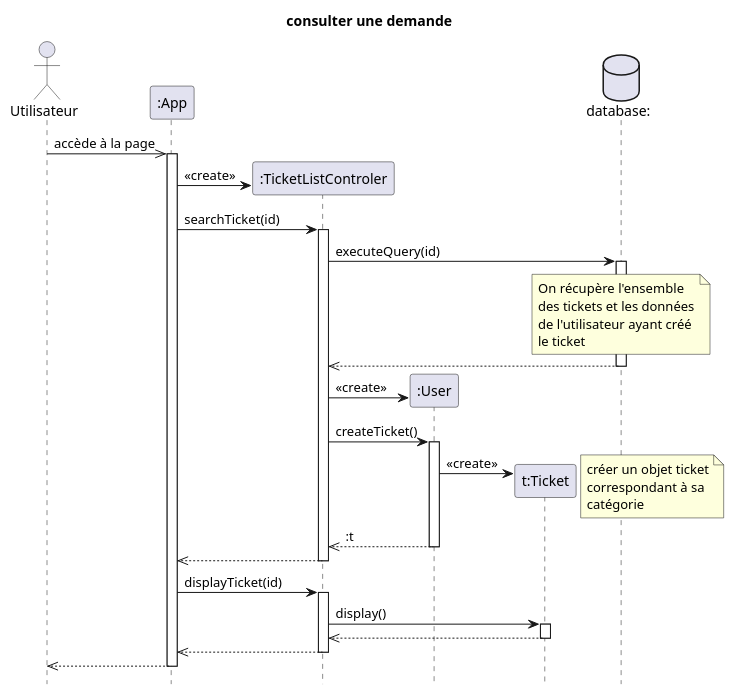
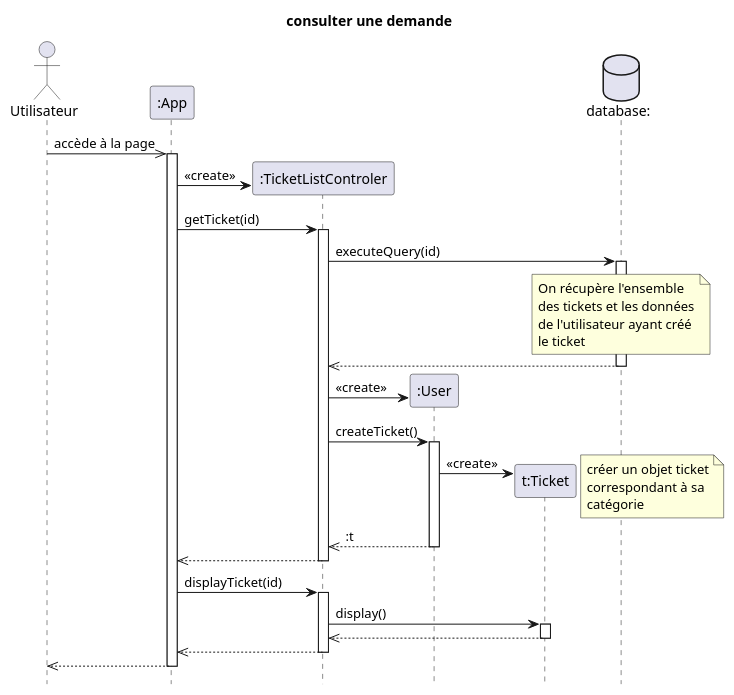
Before and after one commit to dorianleveque/CoHub: the diagram in docs/UML/diagrammes séquence/consulter une demande.puml, drawn with PlantUML. The commit also changed 7 other files, not shown here.

Commit message:
update documentation + diagramme séquence

```diff
--- a/docs/UML/diagrammes séquence/consulter une demande.puml
+++ b/docs/UML/diagrammes séquence/consulter une demande.puml
@@ -1,51 +1,51 @@
 @startuml consulter une demande
 title consulter une demande
 hide footbox
 
 actor client as "Utilisateur" order 1 
 participant app as ":App" order 2 
 database bdd as "database:"  order 6
 
 client ->> app :accède à la page
 activate app
 create tlc as ":TicketListControler" order 3
 app -> tlc : <<create>>
 
-app -> tlc : searchTicket(id) 
+app -> tlc : getTicket(id) 
 activate tlc
 tlc -> bdd : executeQuery(id)
 note over bdd: On récupère l'ensemble\ndes tickets et les données\nde l'utilisateur ayant créé \nle ticket
 activate bdd
 tlc <<-- bdd
 deactivate bdd
 
 create user as ":User" order 4
 tlc -> user : <<create>>
 tlc -> user : createTicket()
 activate user   
 
 create ticket as "t:Ticket" order 5
 user -> ticket : <<create>>
 note right: créer un objet ticket\ncorrespondant à sa \ncatégorie 
 tlc <<-- user: :t
 deactivate user
 
 app <<-- tlc
 deactivate tlc
 
 app -> tlc : displayTicket(id)
 activate tlc
 
 tlc -> ticket : display()
 activate ticket
 
 tlc <<-- ticket: 
 deactivate ticket
 
 app <<-- tlc
 deactivate tlc
 client <<-- app
 deactivate app
 
 
 @enduml
```
